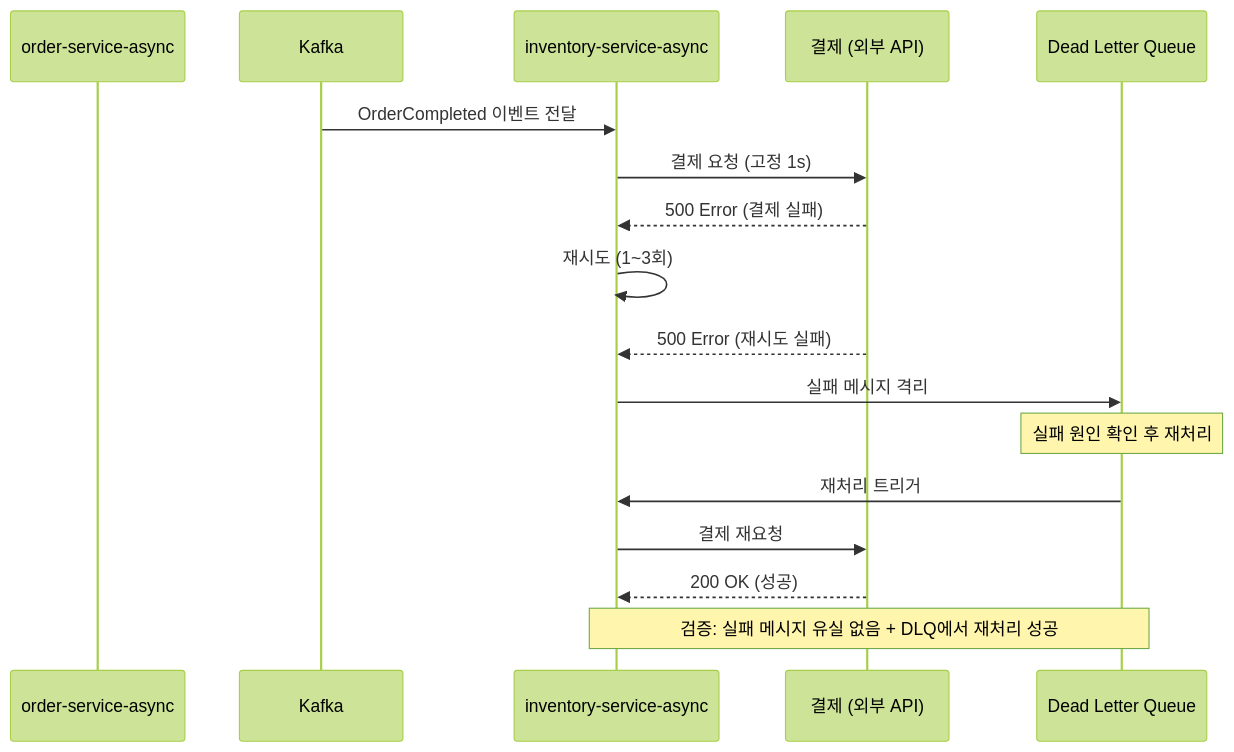
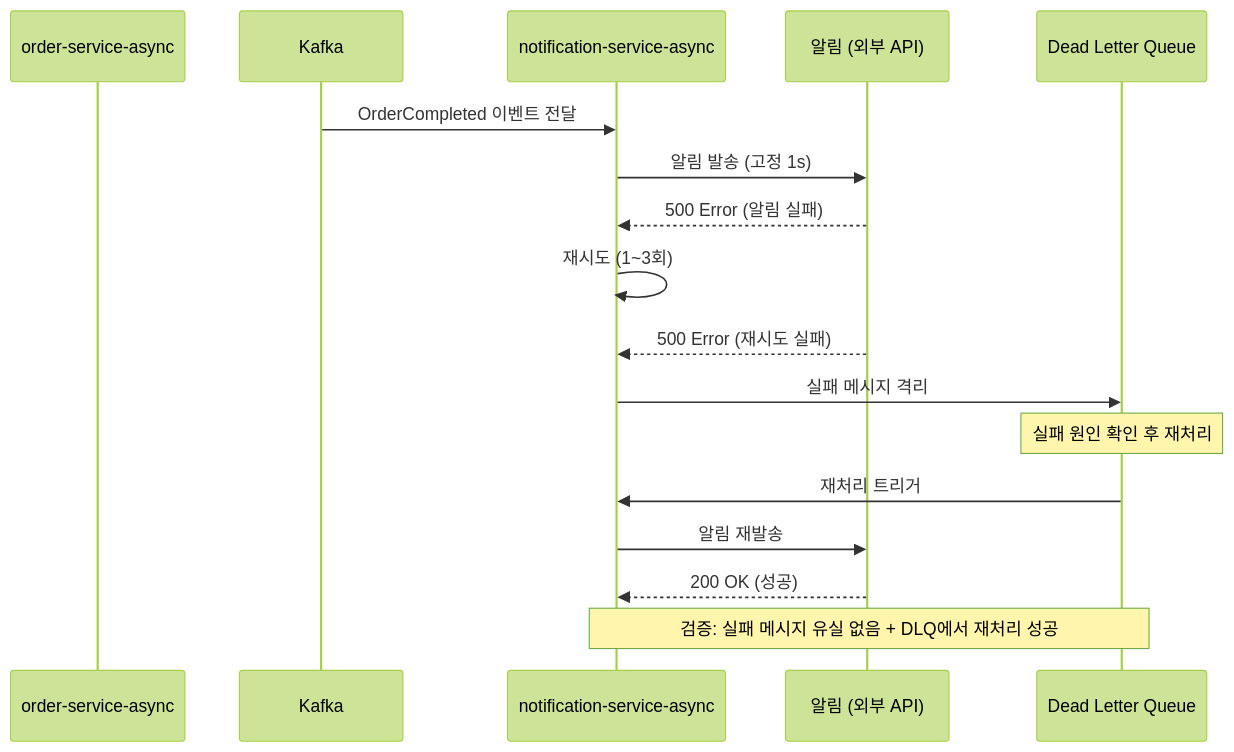
One commit to JuJin1324/eda-poc changed the fifth of 5 diagrams in docs/how-diagram.md. Above: the diagram before and after it, drawn with Mermaid (forest theme). The commit also changed other lines of this file, not shown here.

First line of the commit message:
refactor: redesign async flow as fan-out pattern

````diff
--- a/docs/how-diagram.md
+++ b/docs/how-diagram.md
@@ -136,24 +141,24 @@
 ```mermaid
 sequenceDiagram
     participant OA as order-service-async
     participant K as Kafka
-    participant IA as inventory-service-async
-    participant Pay as 결제 (외부 API)
+    participant NS as notification-service-async
+    participant Noti as 알림 (외부 API)
     participant DLQ as Dead Letter Queue
 
-    K->>IA: OrderCompleted 이벤트 전달
-    IA->>Pay: 결제 요청 (고정 1s)
-    Pay-->>IA: 500 Error (결제 실패)
+    K->>NS: OrderCompleted 이벤트 전달
+    NS->>Noti: 알림 발송 (고정 1s)
+    Noti-->>NS: 500 Error (알림 실패)
 
-    IA->>IA: 재시도 (1~3회)
-    Pay-->>IA: 500 Error (재시도 실패)
+    NS->>NS: 재시도 (1~3회)
+    Noti-->>NS: 500 Error (재시도 실패)
 
-    IA->>DLQ: 실패 메시지 격리
+    NS->>DLQ: 실패 메시지 격리
 
     Note over DLQ: 실패 원인 확인 후 재처리
-    DLQ->>IA: 재처리 트리거
-    IA->>Pay: 결제 재요청
-    Pay-->>IA: 200 OK (성공)
+    DLQ->>NS: 재처리 트리거
+    NS->>Noti: 알림 재발송
+    Noti-->>NS: 200 OK (성공)
 
-    Note over IA,DLQ: 검증: 실패 메시지 유실 없음 + DLQ에서 재처리 성공
+    Note over NS,DLQ: 검증: 실패 메시지 유실 없음 + DLQ에서 재처리 성공
 ```
````
